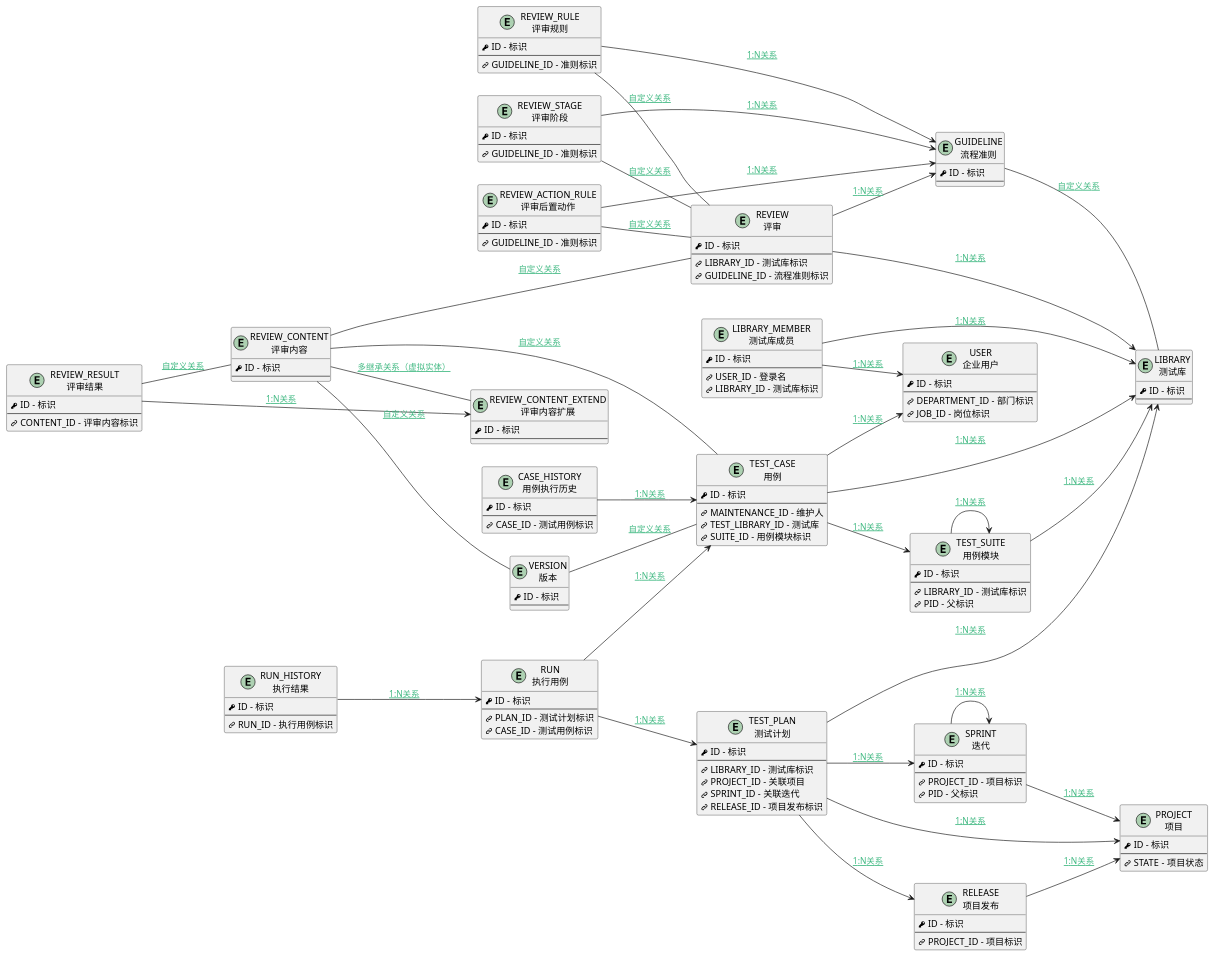
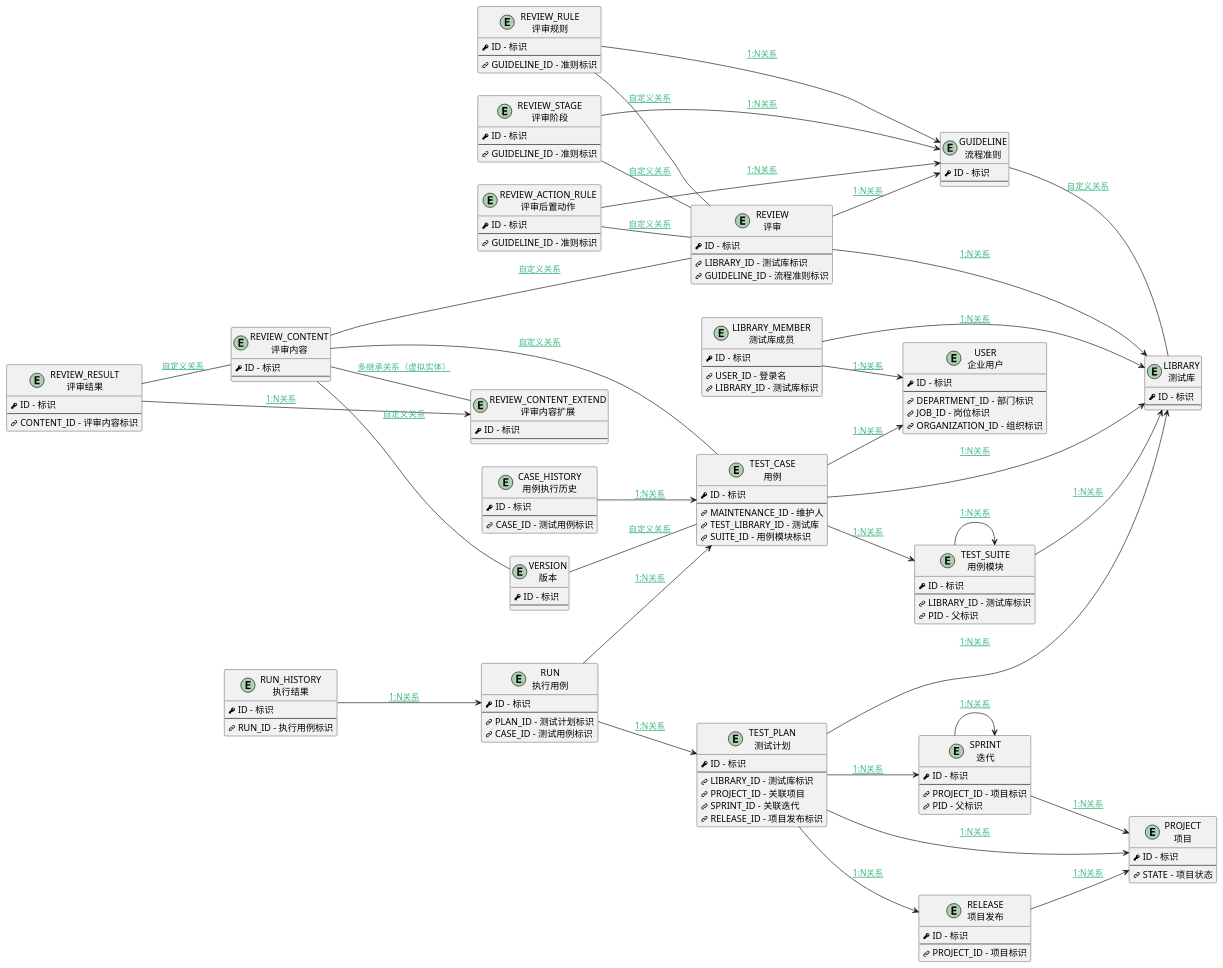
One commit to iBizLab/plm changed the diagram in doc/docsify/er/test_mgmt.md. Above: the diagram before and after it, drawn with PlantUML. The commit also changed 977 other files, not shown here.

````diff
--- a/doc/docsify/er/test_mgmt.md
+++ b/doc/docsify/er/test_mgmt.md
@@ -4,5 +4,6 @@
 ```plantuml
 @startuml
+skinparam svgLinkTarget _blank
 <style>
 root {
   HyperlinkColor #42b983
@@ -116,6 +117,7 @@
         --
         <&link-intact> DEPARTMENT_ID - 部门标识
         <&link-intact> JOB_ID - 岗位标识
+        <&link-intact> ORGANIZATION_ID - 组织标识
 }
 entity "VERSION\n版本" as VERSION [[$../module/Base/version {版本}]] {
         <&key> ID - 标识
````
